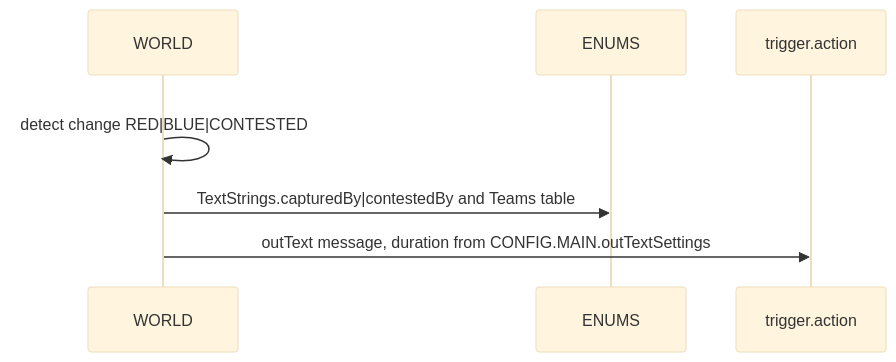
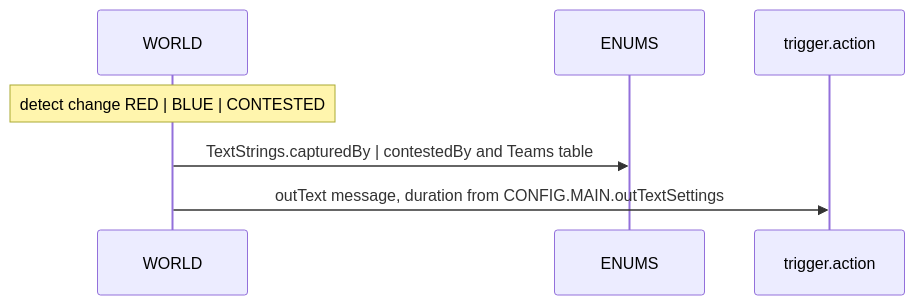
Before and after one commit to Gh0st352/AETHR: the second of 3 diagrams in docs/enums/coalition_and_text.md, drawn with Mermaid. The commit also changed other lines of this file and 7 other files, not shown here.

First line of the commit message:
docs(enums): normalize Mermaid labels and formatting

````diff
--- a/docs/enums/coalition_and_text.md
+++ b/docs/enums/coalition_and_text.md
@@ -79,13 +64,11 @@
 ```mermaid
-%%{init: {"theme":"base"}}%%
+%% shared theme: docs/_mermaid/theme.json %%
 sequenceDiagram
   participant W as WORLD
   participant EN as ENUMS
   participant T as trigger.action
 
-  rect rgba(255, 255, 255, 0.75)
-    W->>W: detect change RED|BLUE|CONTESTED
-    W->>EN: TextStrings.capturedBy|contestedBy and Teams table
-    W->>T: outText message, duration from CONFIG.MAIN.outTextSettings
-  end
+  note over W: detect change RED | BLUE | CONTESTED
+  W->>EN: TextStrings.capturedBy | contestedBy and Teams table
+  W->>T: outText message, duration from CONFIG.MAIN.outTextSettings
 ```
````
